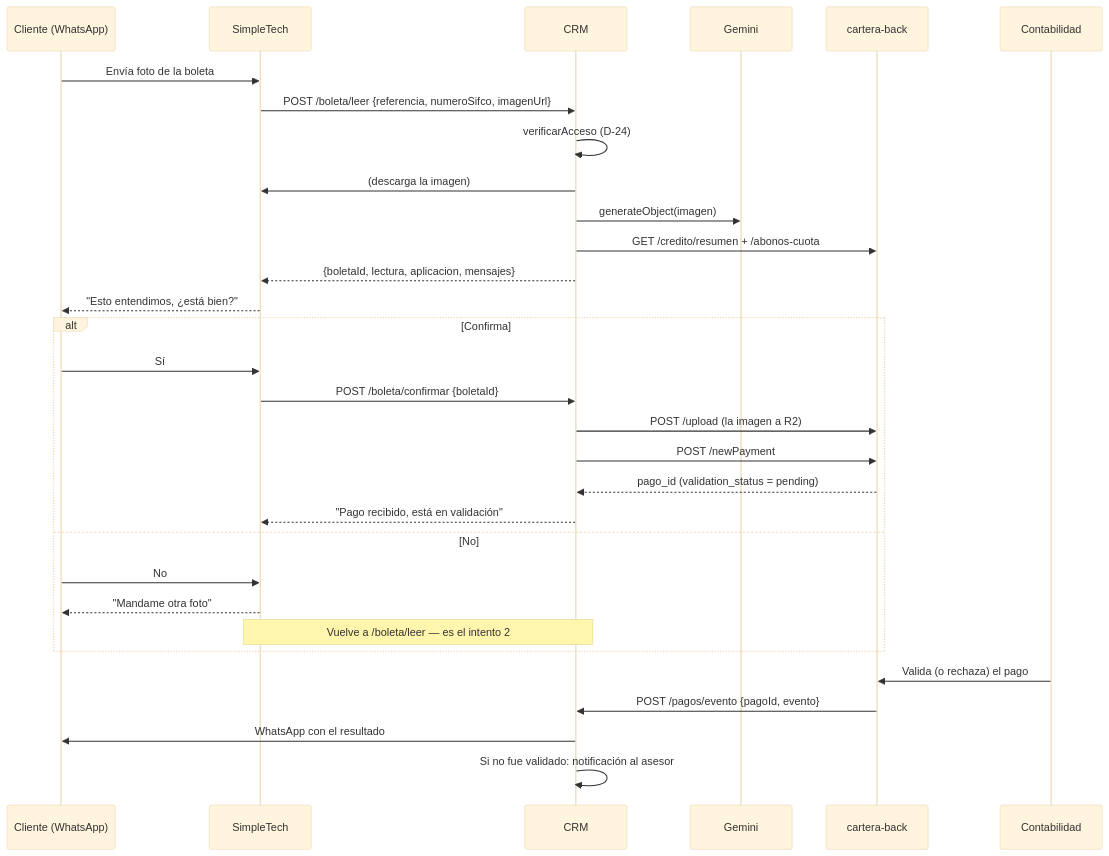
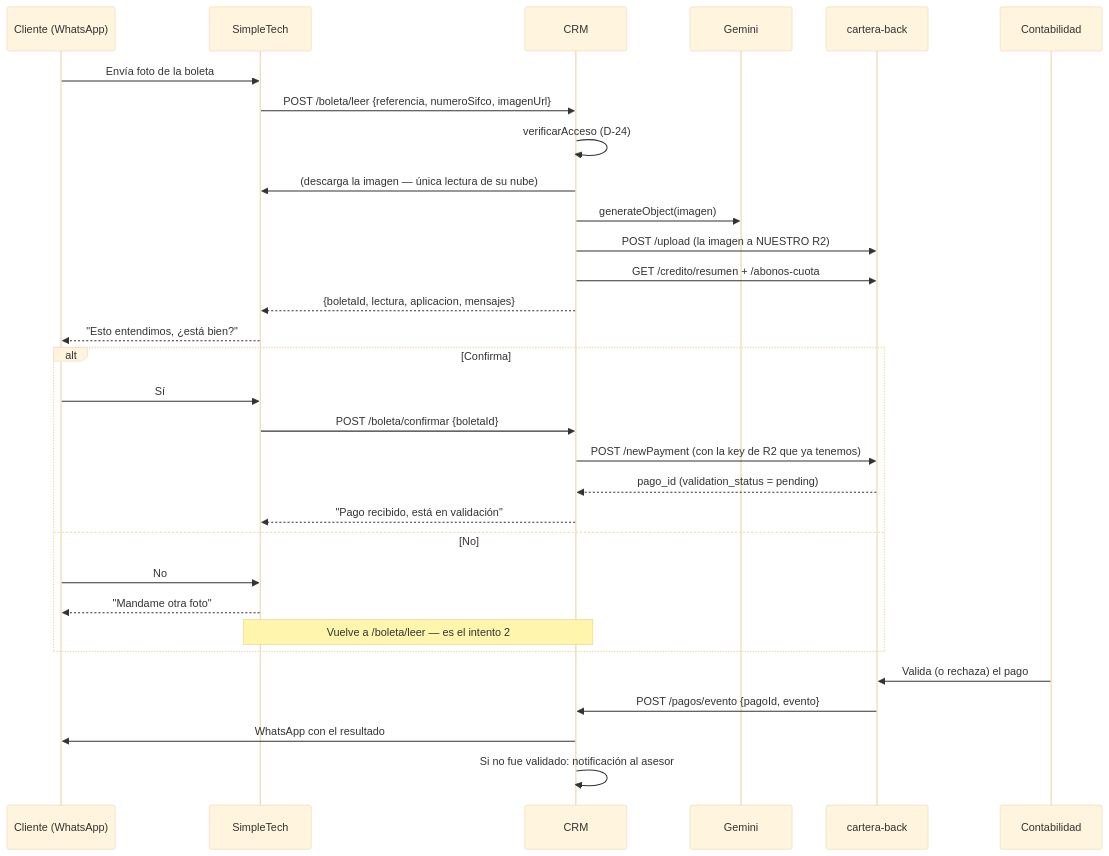
One commit to Engineering-Club-Cash-In/universe changed the diagram in docs/features/bot-whatsapp-cobros/04-validacion-de-boleta.md. Above: the diagram before and after it, drawn with Mermaid (base theme). The commit also changed other lines of this file and 1 other file, not shown here.

First line of the commit message:
docs(cobros): la boleta se copia a nuestro R2 al leerla, no al confirmar (D-31)

````diff
--- a/docs/features/bot-whatsapp-cobros/04-validacion-de-boleta.md
+++ b/docs/features/bot-whatsapp-cobros/04-validacion-de-boleta.md
@@ -26,35 +26,35 @@
 ```mermaid
 sequenceDiagram
     participant C as Cliente (WhatsApp)
     participant S as SimpleTech
     participant CRM as CRM
     participant IA as Gemini
     participant CB as cartera-back
     participant K as Contabilidad
 
     C->>S: Envía foto de la boleta
     S->>CRM: POST /boleta/leer  {referencia, numeroSifco, imagenUrl}
     CRM->>CRM: verificarAcceso (D-24)
-    CRM->>S: (descarga la imagen)
+    CRM->>S: (descarga la imagen — única lectura de su nube)
     CRM->>IA: generateObject(imagen)
+    CRM->>CB: POST /upload  (la imagen a NUESTRO R2)
     CRM->>CB: GET /credito/resumen + /abonos-cuota
     CRM-->>S: {boletaId, lectura, aplicacion, mensajes}
     S-->>C: "Esto entendimos, ¿está bien?"
     alt Confirma
         C->>S: Sí
         S->>CRM: POST /boleta/confirmar {boletaId}
-        CRM->>CB: POST /upload  (la imagen a R2)
-        CRM->>CB: POST /newPayment
+        CRM->>CB: POST /newPayment  (con la key de R2 que ya tenemos)
         CB-->>CRM: pago_id (validation_status = pending)
         CRM-->>S: "Pago recibido, está en validación"
     else No
         C->>S: No
         S-->>C: "Mandame otra foto"
         Note over S,CRM: Vuelve a /boleta/leer — es el intento 2
     end
 
     K->>CB: Valida (o rechaza) el pago
     CB->>CRM: POST /pagos/evento  {pagoId, evento}
     CRM->>C: WhatsApp con el resultado
     CRM->>CRM: Si no fue validado: notificación al asesor
 ```
````
